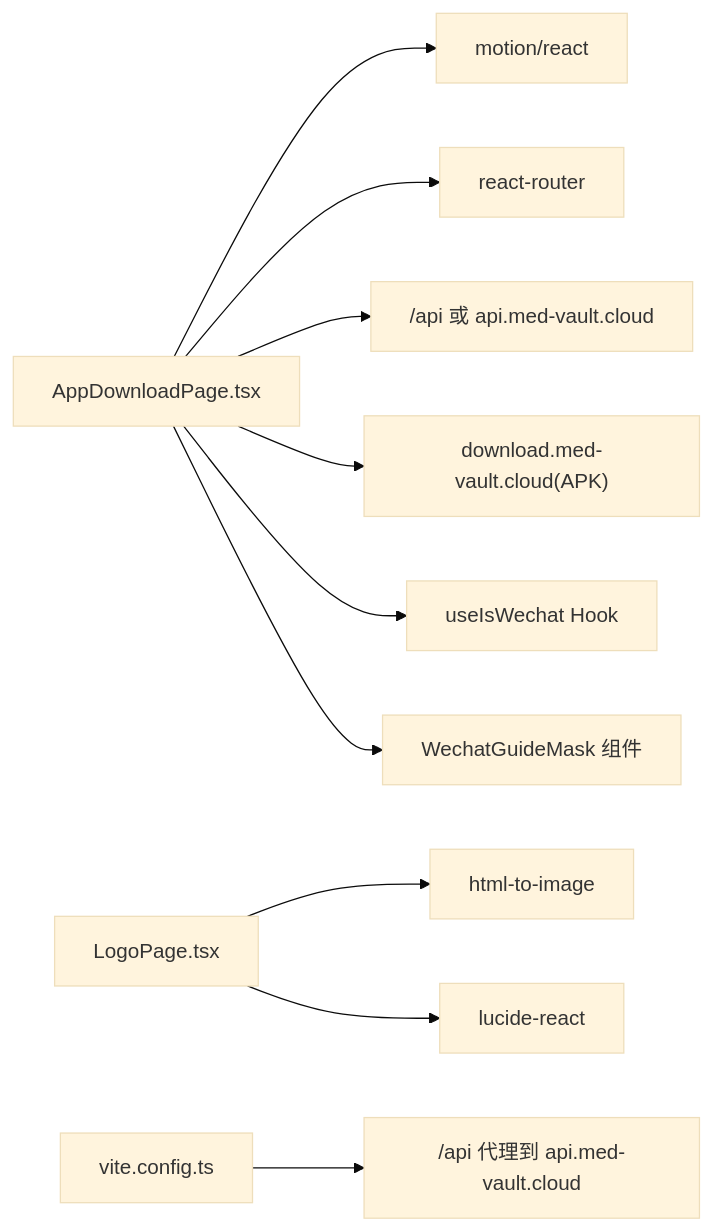
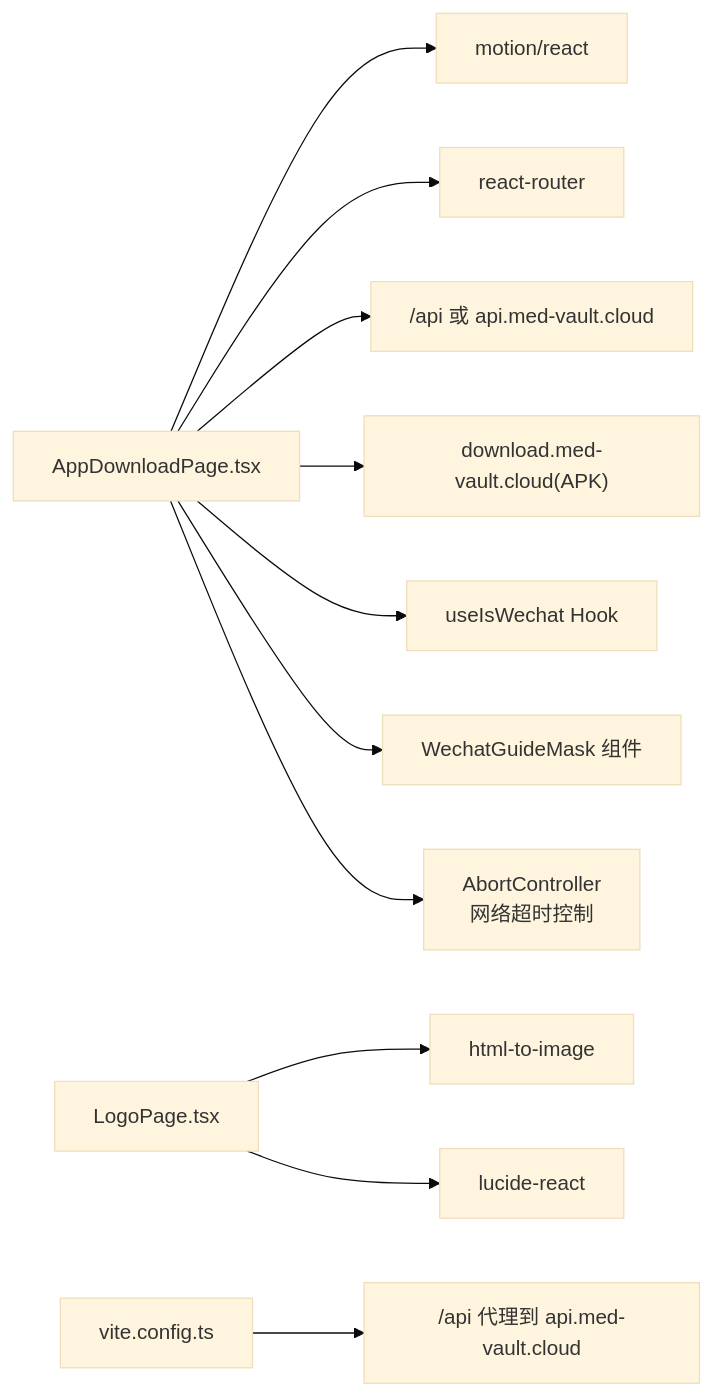
Before and after one commit to BlackWhiteBlock/med-vault-website: the eighth of 8 diagrams in .qoder/repowiki/zh/content/架构设计/组件架构设计/页面组件/应用下载落地页.md, drawn with Mermaid (base theme). The commit also changed other lines of this file and 4 other files, not shown here.

````diff
--- a/.qoder/repowiki/zh/content/架构设计/组件架构设计/页面组件/应用下载落地页.md
+++ b/.qoder/repowiki/zh/content/架构设计/组件架构设计/页面组件/应用下载落地页.md
@@ -293,12 +367,13 @@
 ```mermaid
 graph LR
 P["AppDownloadPage.tsx"] --> M["motion/react"]
 P --> RR["react-router"]
 P --> API["/api 或 api.med-vault.cloud"]
 P --> DL["download.med-vault.cloud(APK)"]
 P --> W["useIsWechat Hook"]
 P --> GM["WechatGuideMask 组件"]
+P --> AC["AbortController<br/>网络超时控制"]
 L["LogoPage.tsx"] --> H2I["html-to-image"]
 L --> LR["lucide-react"]
 V["vite.config.ts"] --> PROXY["/api 代理到 api.med-vault.cloud"]
 ```
````
